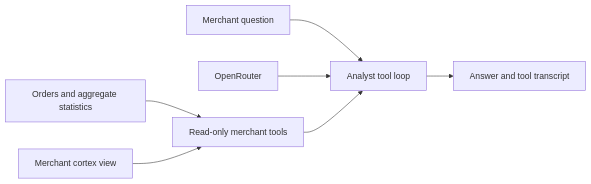
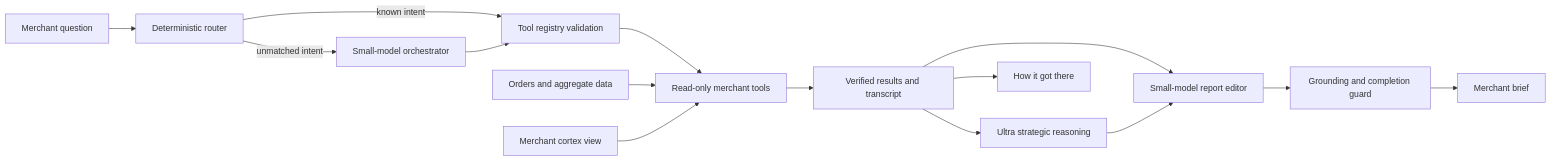
Before and after one commit to supersanchayrx/RazorPay-Buildathon: diagram 19 of 22 in docs/architecture.md, drawn with Mermaid. The commit also changed other lines of this file and 34 other files, not shown here.

````diff
--- a/docs/architecture.md
+++ b/docs/architecture.md
@@ -753,9 +753,17 @@
 ```mermaid
 flowchart LR
-    Question[Merchant question] --> Analyst[Analyst tool loop]
-    OpenRouter[OpenRouter] --> Analyst
-    MerchantTools[Read-only merchant tools] --> Analyst
-    Orders[Orders and aggregate statistics] --> MerchantTools
-    Cortex[Merchant cortex view] --> MerchantTools
-    Analyst --> Transcript[Answer and tool transcript]
+    Question[Merchant question] --> Router[Deterministic router]
+    Router -->|known intent| Validate[Tool registry validation]
+    Router -->|unmatched intent| Small[Small-model orchestrator]
+    Small --> Validate
+    Validate --> Tools[Read-only merchant tools]
+    Orders[Orders and aggregate data] --> Tools
+    Cortex[Merchant cortex view] --> Tools
+    Tools --> Verified[Verified results and transcript]
+    Verified --> Ultra[Ultra strategic reasoning]
+    Verified --> Presenter[Small-model report editor]
+    Ultra --> Presenter
+    Presenter --> Guard[Grounding and completion guard]
+    Guard --> Answer[Merchant brief]
+    Verified --> Audit[How it got there]
 ```
````
